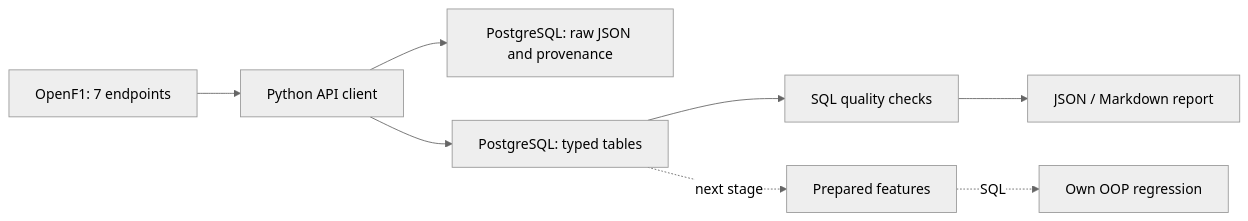
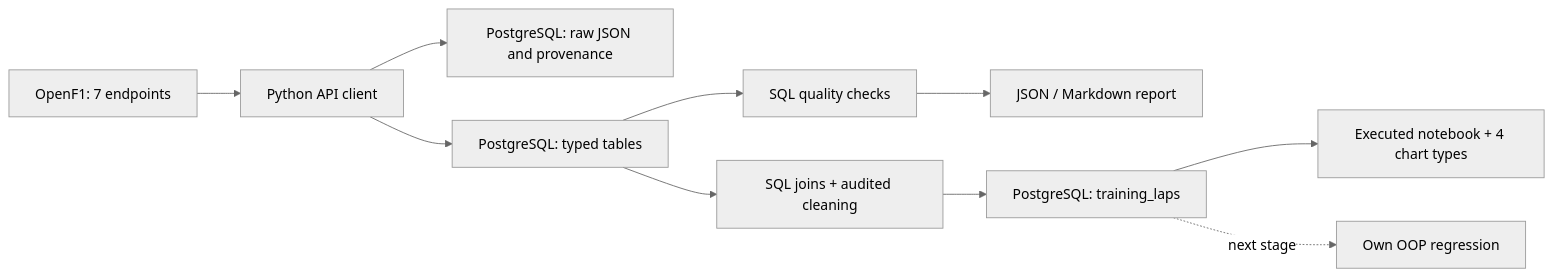
Before and after one commit to geeksetter/f1-lap-time-prediction: the diagram in README.md, drawn with Mermaid (neutral theme). The commit also changed other lines of this file and 33 other files, not shown here.

Commit message:
Implement stage 2: SQL lap preparation, audited cleaning and reproducible EDA

````diff
--- a/README.md
+++ b/README.md
@@ -26,10 +26,12 @@
 ```mermaid
 flowchart LR
     API[OpenF1: 7 endpoints] --> Client[Python API client]
     Client --> Audit[PostgreSQL: raw JSON and provenance]
     Client --> Tables[PostgreSQL: typed tables]
     Tables --> Checks[SQL quality checks]
     Checks --> Report[JSON / Markdown report]
-    Tables -. next stage .-> Features[Prepared features]
-    Features -. SQL .-> Model[Own OOP regression]
+    Tables --> Features[SQL joins + audited cleaning]
+    Features --> Training[PostgreSQL: training_laps]
+    Training --> EDA[Executed notebook + 4 chart types]
+    Training -. next stage .-> Model[Own OOP regression]
 ```
````
